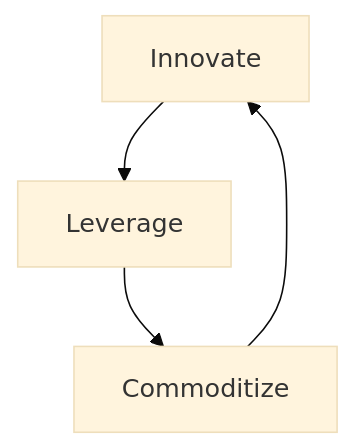
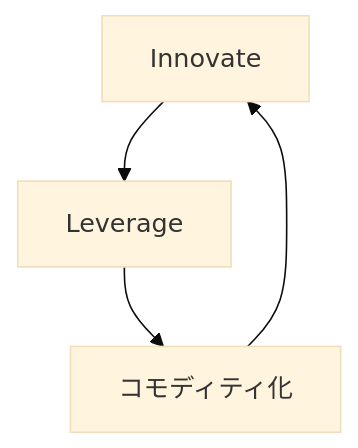
One commit to wardley-leadership-strategies-ja/wardley-leadership-strategies-ja.github.io changed the diagram in docs/strategies/ecosystem/innovate-leverage-commoditize/index.md. Above: the diagram before and after it, drawn with Mermaid (base theme). The commit also changed other lines of this file and 83 other files, not shown here.

````diff
--- a/docs/strategies/ecosystem/innovate-leverage-commoditize/index.md
+++ b/docs/strategies/ecosystem/innovate-leverage-commoditize/index.md
@@ -66,8 +66,8 @@
 ```mermaid
 flowchart TD
     Innovate --> Leverage
-    Leverage --> Commoditize
-    Commoditize --> Innovate
+    Leverage --> コモディティ化
+    コモディティ化 --> Innovate
 
-    class Innovate,Leverage,Commoditize phase
+    class Innovate,Leverage,コモディティ化 phase
 ```
````
